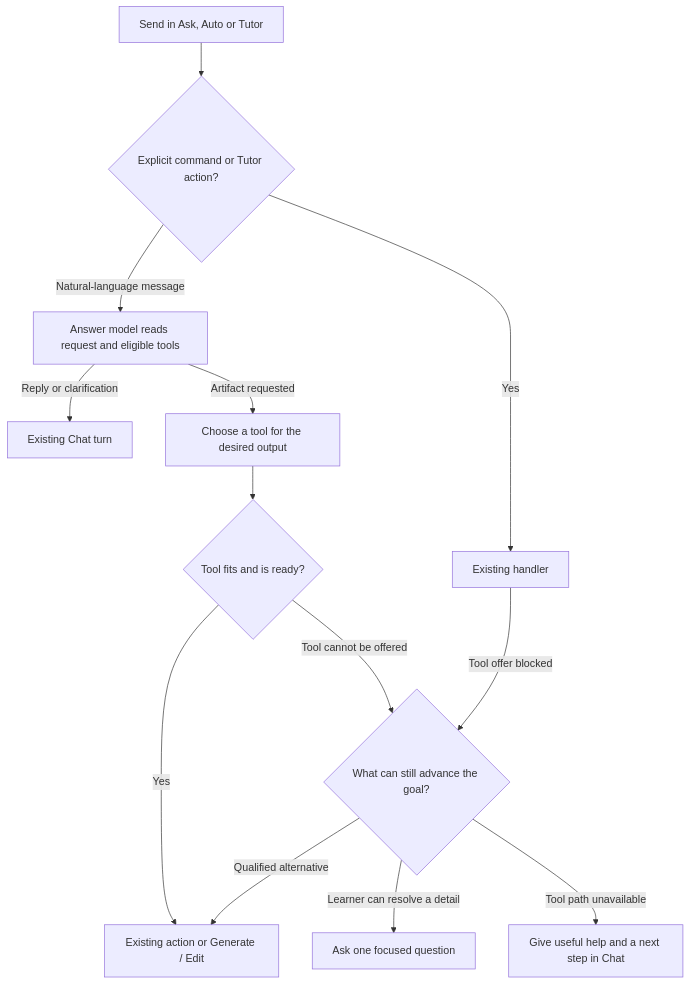
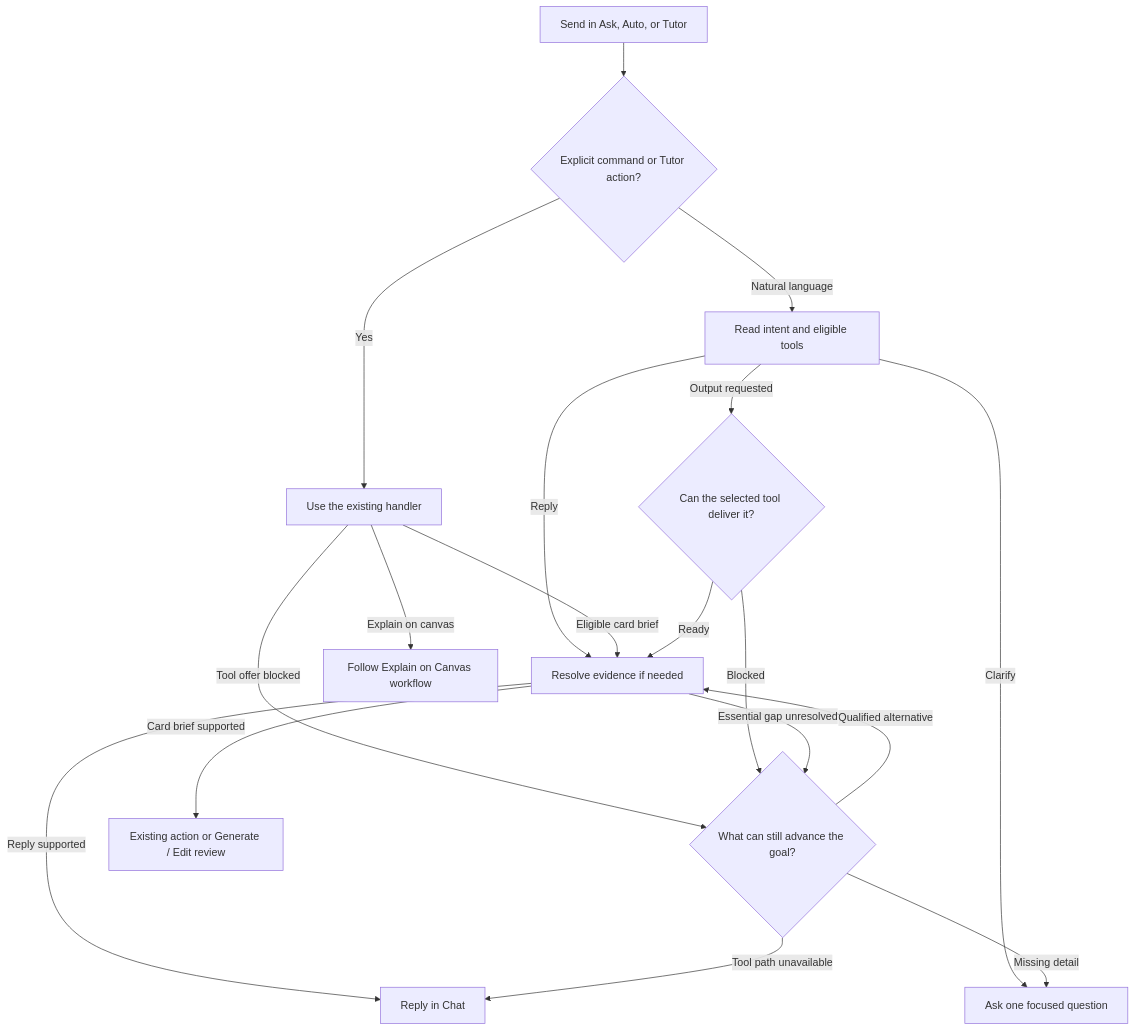
The first of 2 diagrams in docs/features/explain-on-canvas/handoff/tutor-roadmap-v1.4.md (Rabbit-Hole-App/Rabbit-Hole), drawn with Mermaid before and after one commit. The commit also changed other lines of this file, not shown here.

Commit message:
Stage R8a evidence flow in tutor-roadmap-v1.4.md

````diff
--- a/docs/features/explain-on-canvas/handoff/tutor-roadmap-v1.4.md
+++ b/docs/features/explain-on-canvas/handoff/tutor-roadmap-v1.4.md
@@ -410,15 +410,20 @@
 ```mermaid
 flowchart TD
-    Send["Send in Ask, Auto or Tutor"] --> Kind{"Explicit command or Tutor action?"}
-    Kind -->|"Yes"| Existing["Existing handler"]
-    Kind -->|"Natural-language message"| Reply["Answer model reads request and eligible tools"]
-    Reply -->|"Reply or clarification"| Chat["Existing Chat turn"]
-    Reply -->|"Artifact requested"| Fit["Choose a tool for the desired output"]
-    Fit --> Check{"Tool fits and is ready?"}
-    Check -->|"Yes"| Review["Existing action or Generate / Edit"]
-    Check -->|"Tool cannot be offered"| Recover{"What can still advance the goal?"}
-    Existing -->|"Tool offer blocked"| Recover
-    Recover -->|"Qualified alternative"| Review
-    Recover -->|"Learner can resolve a detail"| Clarify["Ask one focused question"]
-    Recover -->|"Tool path unavailable"| Help["Give useful help and a next step in Chat"]
+    Send["Send in Ask, Auto, or Tutor"] --> Entry{"Explicit command or Tutor action?"}
+    Entry -->|"Yes"| Handler["Use the existing handler"]
+    Entry -->|"Natural language"| Intent["Read intent and eligible tools"]
+    Intent -->|"Reply"| Evidence["Resolve evidence if needed"]
+    Intent -->|"Clarify"| Clarify["Ask one focused question"]
+    Intent -->|"Output requested"| Fit{"Can the selected tool deliver it?"}
+    Handler -->|"Eligible card brief"| Evidence
+    Handler -->|"Explain on canvas"| Lesson["Follow Explain on Canvas workflow"]
+    Handler -->|"Tool offer blocked"| Recover{"What can still advance the goal?"}
+    Fit -->|"Ready"| Evidence
+    Fit -->|"Blocked"| Recover
+    Evidence -->|"Reply supported"| Chat["Reply in Chat"]
+    Evidence -->|"Card brief supported"| Review["Existing action or Generate / Edit review"]
+    Evidence -->|"Essential gap unresolved"| Recover
+    Recover -->|"Qualified alternative"| Evidence
+    Recover -->|"Missing detail"| Clarify
+    Recover -->|"Tool path unavailable"| Chat
 ```
````
